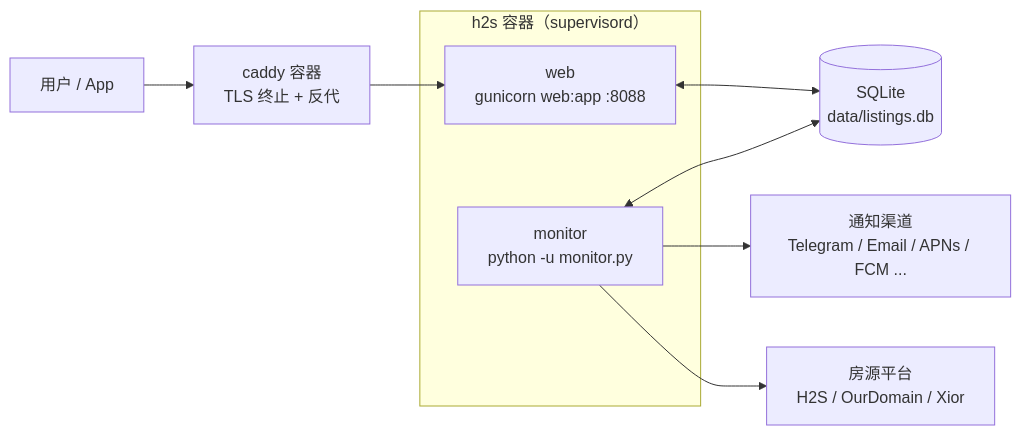
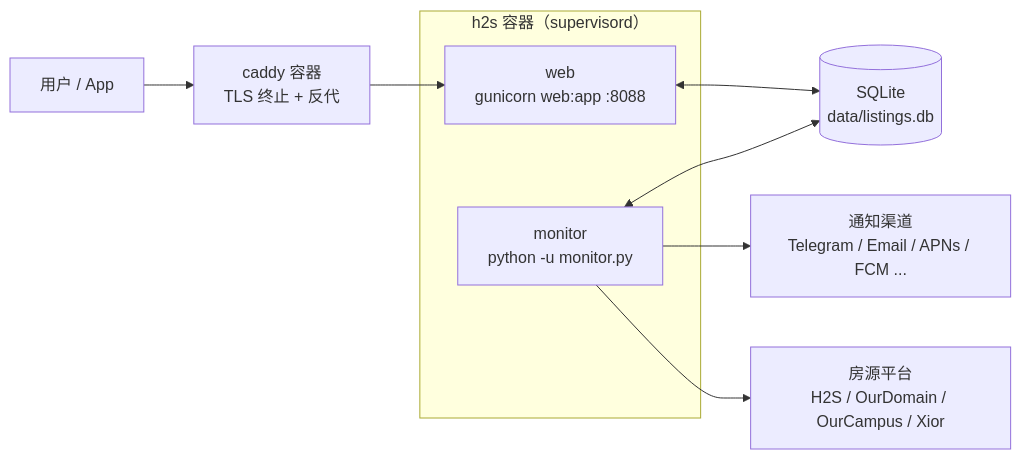
Before and after one commit to 751K/holland2stay-monitor: the first of 2 diagrams in docs/ARCHITECTURE.md, drawn with Mermaid. The commit also changed other lines of this file and 14 other files, not shown here.

First line of the commit message:
接入 OurCampus

````diff
--- a/docs/ARCHITECTURE.md
+++ b/docs/ARCHITECTURE.md
@@ -16,15 +16,15 @@
 ```mermaid
 flowchart LR
     U["用户 / App"] --> C["caddy 容器<br/>TLS 终止 + 反代"]
     C --> W
 
     subgraph H["h2s 容器（supervisord）"]
         W["web<br/>gunicorn web:app :8088"]
         M["monitor<br/>python -u monitor.py"]
     end
 
     W <--> DB[("SQLite<br/>data/listings.db")]
     M <--> DB
     M --> N["通知渠道<br/>Telegram / Email / APNs / FCM ..."]
-    M --> S["房源平台<br/>H2S / OurDomain / Xior"]
+    M --> S["房源平台<br/>H2S / OurDomain / OurCampus / Xior"]
 ```
````
